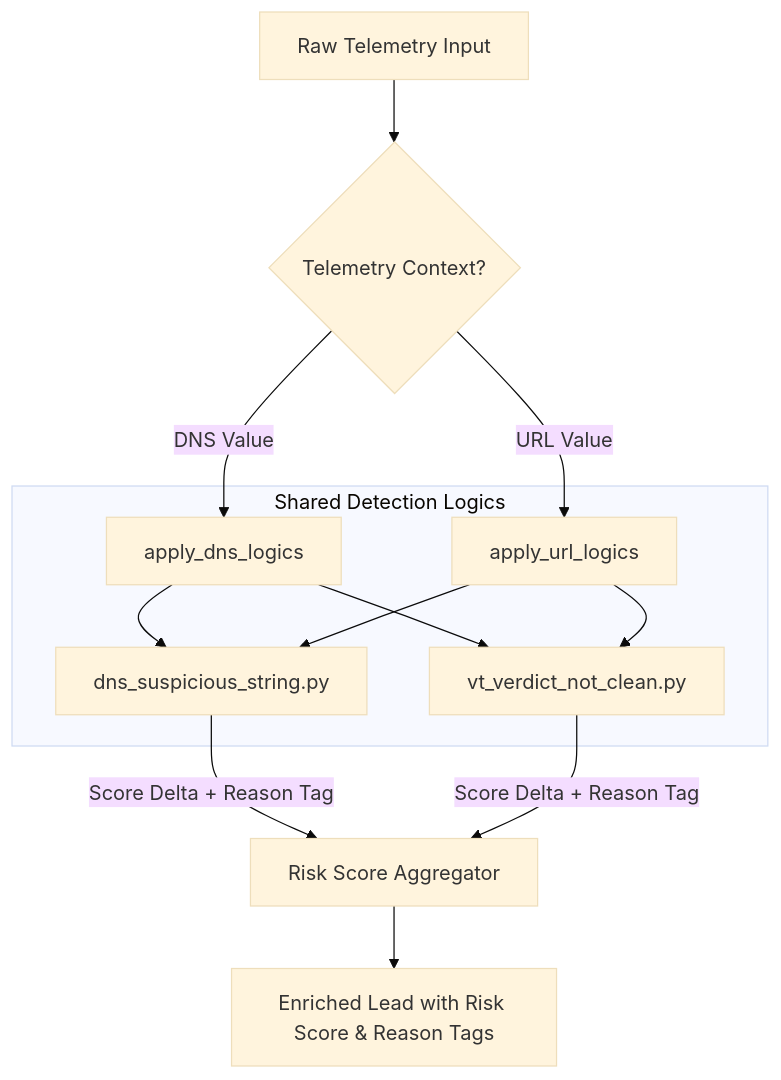
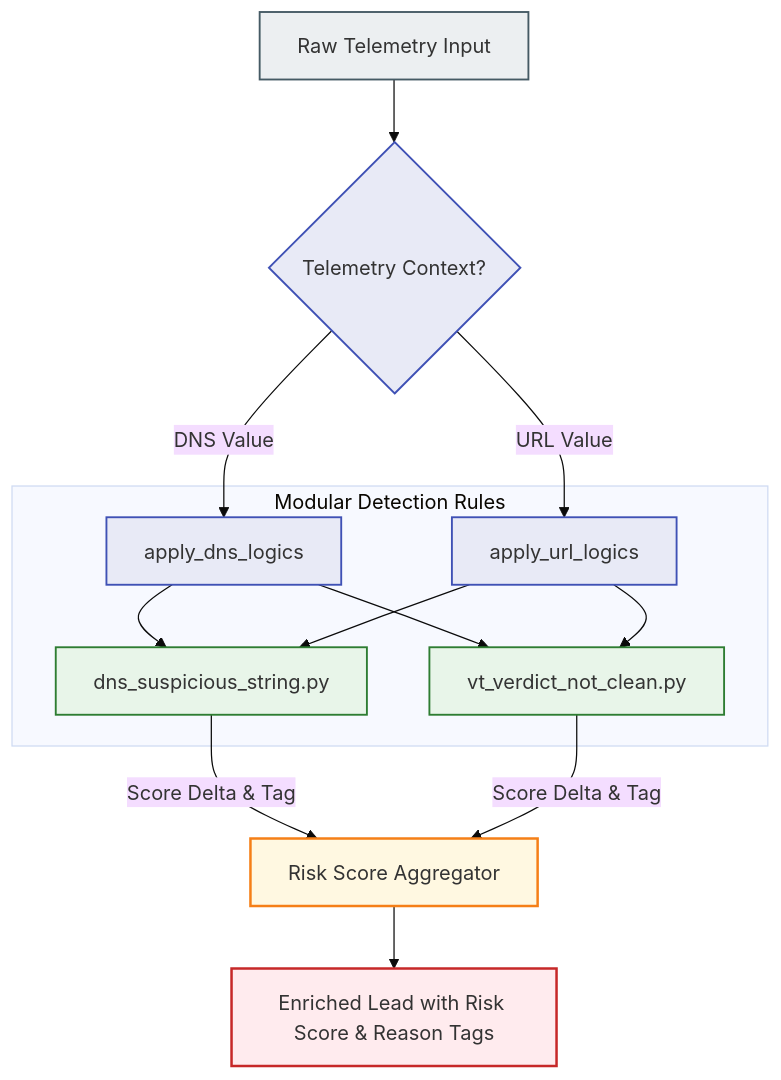
Before and after one commit to Cyber-Threat-Hunting-Playground/m-ath-threat-hunting-catalog: the second of 3 diagrams in README.md, drawn with Mermaid (base theme). The commit also changed other lines of this file and 4 other files, not shown here.

````diff
--- a/README.md
+++ b/README.md
@@ -97,20 +111,26 @@
 ```mermaid
 flowchart TD
-    RawTelemetry[Raw Telemetry Input] --> Parser{Telemetry Context?}
+    classDef inputStyle fill:#ECEFF1,stroke:#455A64,stroke-width:1.5px;
+    classDef routerStyle fill:#E8EAF6,stroke:#3F51B5,stroke-width:1.5px;
+    classDef logicStyle fill:#E8F5E9,stroke:#2E7D32,stroke-width:1.5px;
+    classDef aggStyle fill:#FFF8E1,stroke:#F57F17,stroke-width:2px;
+    classDef outStyle fill:#FFEBEE,stroke:#C62828,stroke-width:2px;
+
+    Raw[Raw Telemetry Input]:::inputStyle --> Router{Telemetry Context?}:::routerStyle
     
-    Parser -->|DNS Value| DNSLogics[apply_dns_logics]
-    Parser -->|URL Value| URILogics[apply_url_logics]
+    Router -->|DNS Value| DNS[apply_dns_logics]:::routerStyle
+    Router -->|URL Value| URL[apply_url_logics]:::routerStyle
     
-    subgraph Logics [Shared Detection Logics]
-        DNSLogics --> DNS_Suspicious[dns_suspicious_string.py]
-        URILogics --> DNS_Suspicious
+    subgraph Logics [Modular Detection Rules]
+        DNS --> DNS_Susp[dns_suspicious_string.py]:::logicStyle
+        URL --> DNS_Susp
         
-        DNSLogics --> VT_Verdict[vt_verdict_not_clean.py]
-        URILogics --> VT_Verdict
+        DNS --> VT_Verd[vt_verdict_not_clean.py]:::logicStyle
+        URL --> VT_Verd
     end
     
-    DNS_Suspicious -->|Score Delta + Reason Tag| Aggregator[Risk Score Aggregator]
-    VT_Verdict -->|Score Delta + Reason Tag| Aggregator
+    DNS_Susp -->|Score Delta & Tag| Agg[Risk Score Aggregator]:::aggStyle
+    VT_Verd -->|Score Delta & Tag| Agg
     
-    Aggregator --> Output[Enriched Lead with Risk Score & Reason Tags]
+    Agg --> Output[Enriched Lead with Risk Score & Reason Tags]:::outStyle
 ```
````
